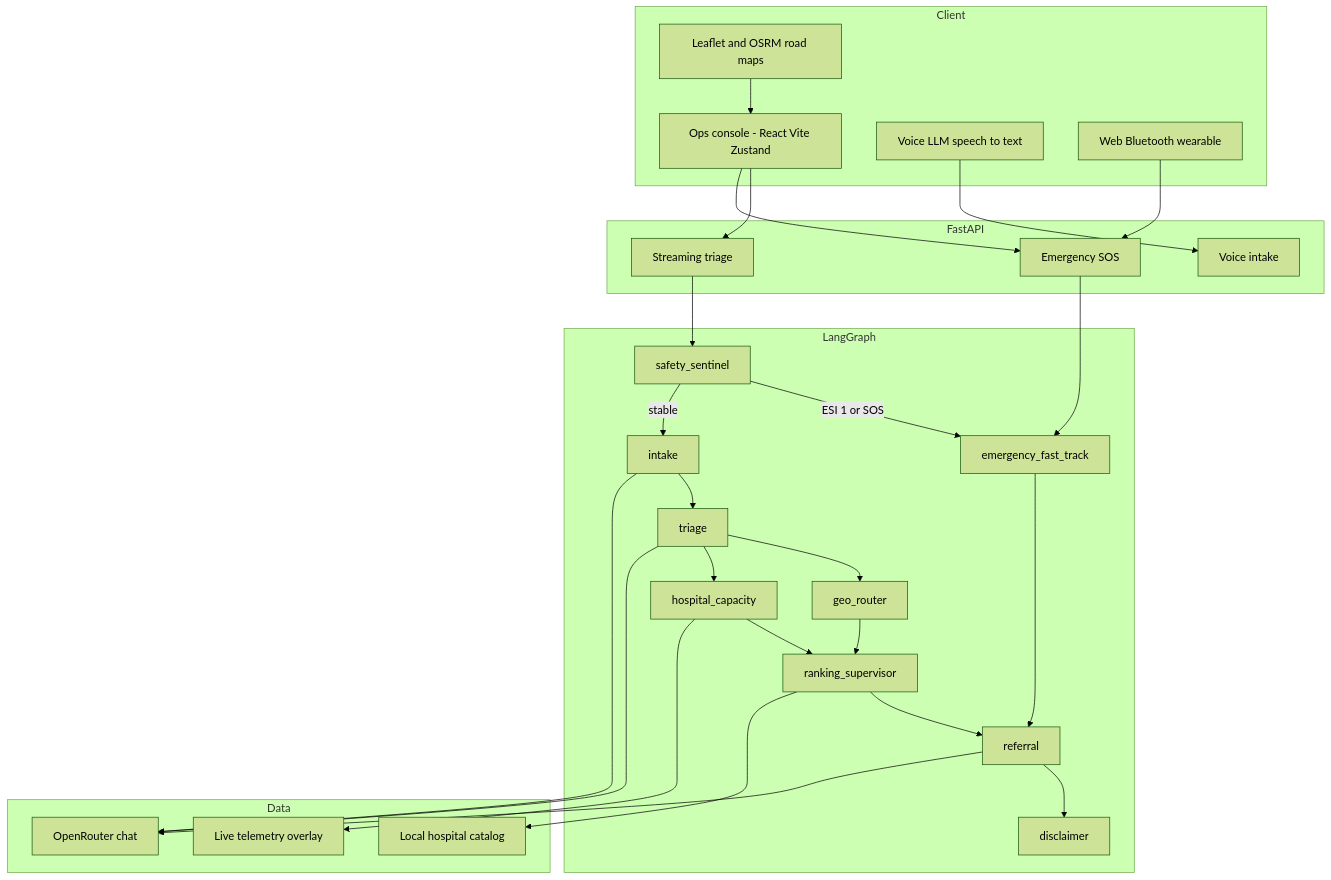
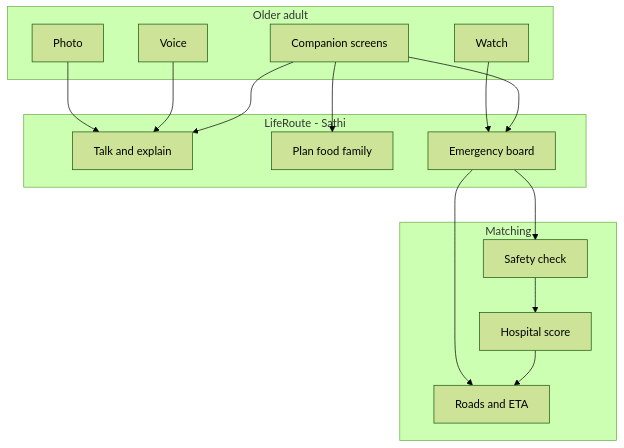
Before and after one commit to dipanshuchoudhary-data/LifeRouteAI: the third of 4 diagrams in README.md, drawn with Mermaid (forest theme). The commit also changed other lines of this file and 126 other files, not shown here.

Commit message:
feat: ship LifeRoute - Sathi companion for older adults

````diff
--- a/README.md
+++ b/README.md
@@ -204,56 +163,32 @@
 ```mermaid
 flowchart TB
-    subgraph Client["Client"]
-        UI["Ops console - React Vite Zustand"]
-        MAP["Leaflet and OSRM road maps"]
-        MIC["Voice LLM speech to text"]
-        BT["Web Bluetooth wearable"]
+    subgraph Person["Older adult"]
+        UI["Companion screens"]
+        MIC["Voice"]
+        CAM["Photo"]
+        WATCH["Watch"]
     end
 
-    subgraph API["FastAPI"]
-        STR["Streaming triage"]
-        SOS["Emergency SOS"]
-        VOI["Voice intake"]
+    subgraph App["LifeRoute - Sathi"]
+        TALK["Talk and explain"]
+        DAY["Plan food family"]
+        SOS["Emergency board"]
     end
 
-    subgraph Graph["LangGraph"]
-        SEN["safety_sentinel"]
-        FT["emergency_fast_track"]
-        INTAKE["intake"]
-        TR["triage"]
-        GEO["geo_router"]
-        CAP["hospital_capacity"]
-        RK["ranking_supervisor"]
-        REF["referral"]
-        DIS["disclaimer"]
+    subgraph Engine["Matching"]
+        SEN["Safety check"]
+        MATCH["Hospital score"]
+        MAP["Roads and ETA"]
     end
 
-    subgraph Data["Data"]
-        ORT["OpenRouter chat"]
-        LOCAL["Local hospital catalog"]
-        MOCK["Live telemetry overlay"]
-    end
-
-    UI --> STR
+    UI --> TALK
+    MIC --> TALK
+    CAM --> TALK
+    UI --> DAY
     UI --> SOS
-    MIC --> VOI
-    BT --> SOS
-    MAP --> UI
-    STR --> SEN
-    SOS --> FT
-    SEN -->|ESI 1 or SOS| FT
-    SEN -->|stable| INTAKE
-    INTAKE --> TR
-    TR --> GEO
-    TR --> CAP
-    GEO --> RK
-    CAP --> RK
-    RK --> REF
-    FT --> REF
-    REF --> DIS
-    TR --> ORT
-    INTAKE --> ORT
-    REF --> ORT
-    RK --> LOCAL
-    CAP --> MOCK
+    WATCH --> SOS
+    SOS --> SEN
+    SEN --> MATCH
+    MATCH --> MAP
+    SOS --> MAP
 ```
````
